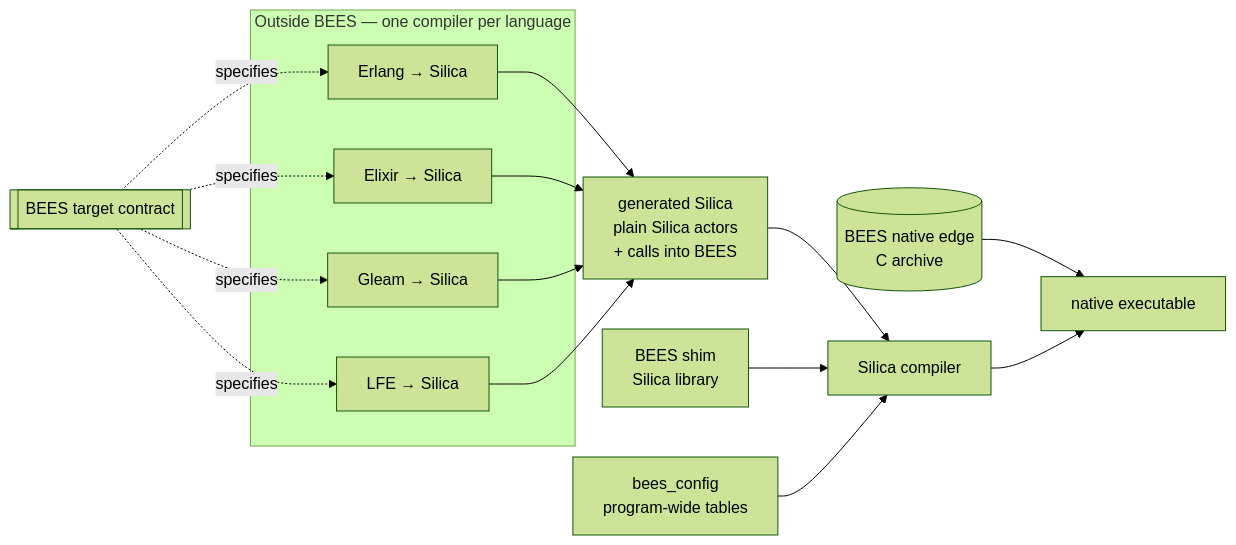
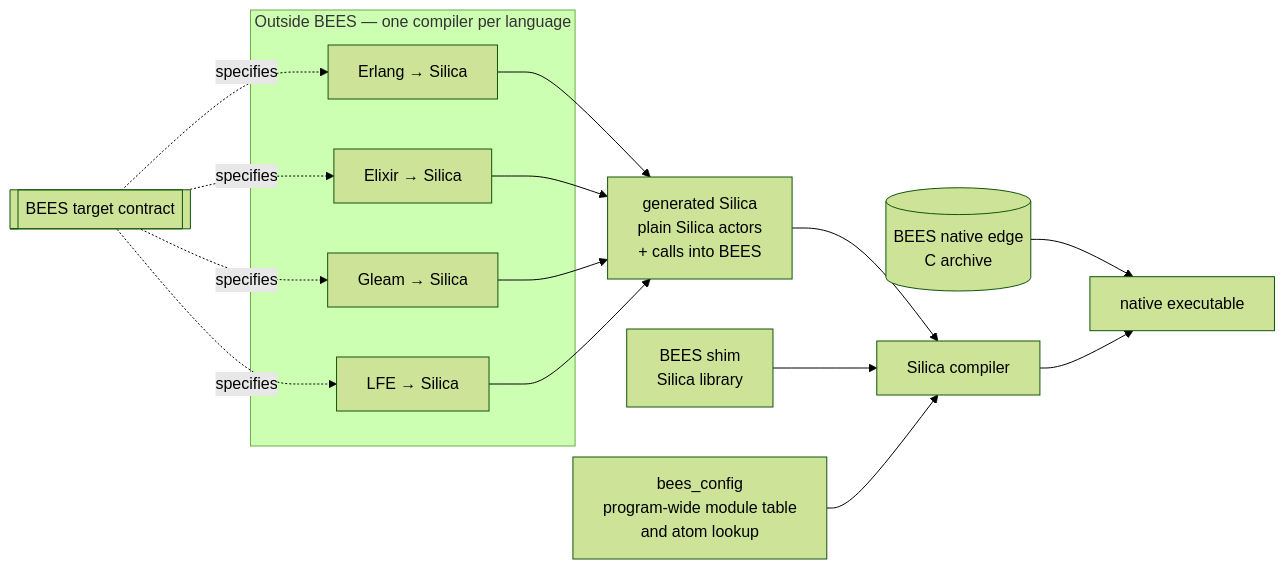
Before and after one commit to yenrab/project-bees: the first of 2 diagrams in development-plan/roadmap.md, drawn with Mermaid (forest theme). The commit also changed other lines of this file and 4 other files, not shown here.

````diff
--- a/development-plan/roadmap.md
+++ b/development-plan/roadmap.md
@@ -37,16 +37,16 @@
 ```mermaid
 graph LR
   subgraph "Outside BEES — one compiler per language"
     ERL[Erlang → Silica] 
     EX[Elixir → Silica]
     GL[Gleam → Silica]
     LFE[LFE → Silica]
   end
   CONTRACT[[BEES target contract]] -.specifies.-> ERL & EX & GL & LFE
   ERL & EX & GL & LFE --> GEN[generated Silica<br/>plain Silica actors<br/>+ calls into BEES]
   GEN --> SC[Silica compiler]
   SHIM[BEES shim<br/>Silica library] --> SC
-  CFG[bees_config<br/>program-wide tables] --> SC
+  CFG[bees_config<br/>program-wide module table<br/>and atom lookup] --> SC
   EDGE[(BEES native edge<br/>C archive)] --> EXE[native executable]
   SC --> EXE
 ```
````
